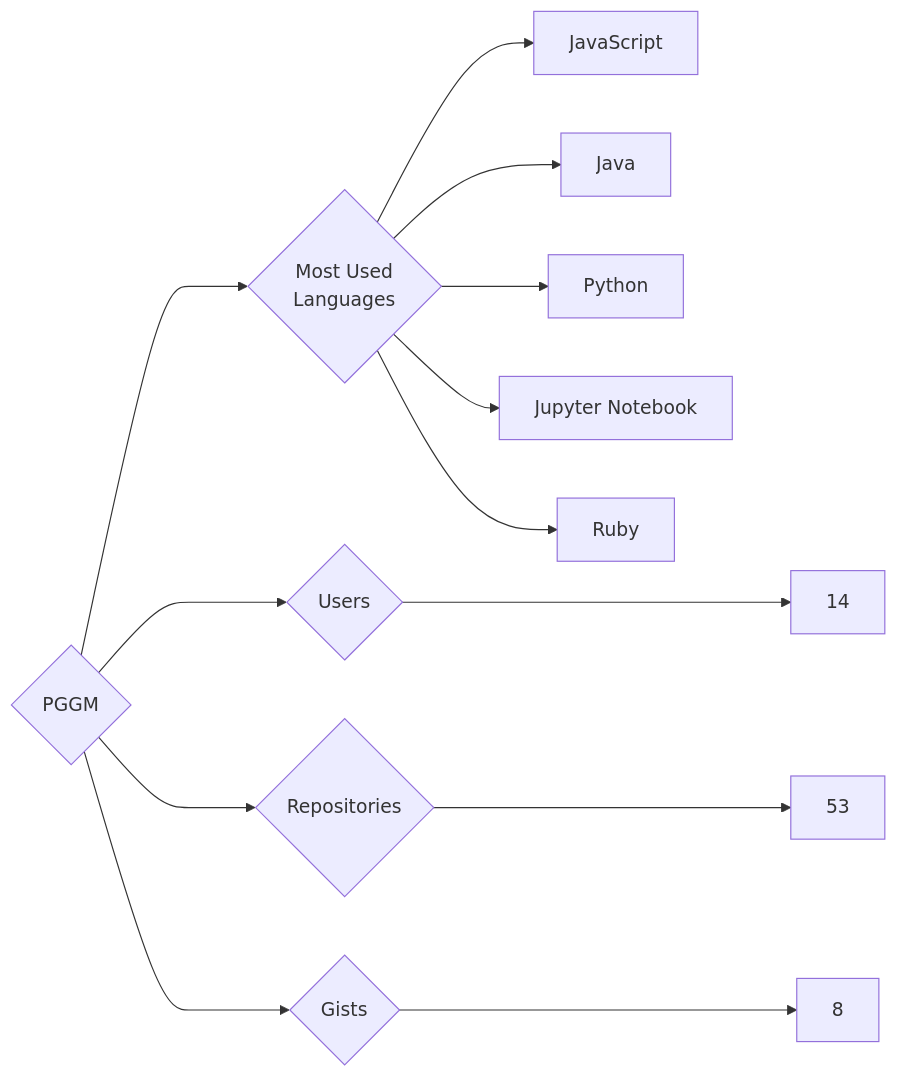
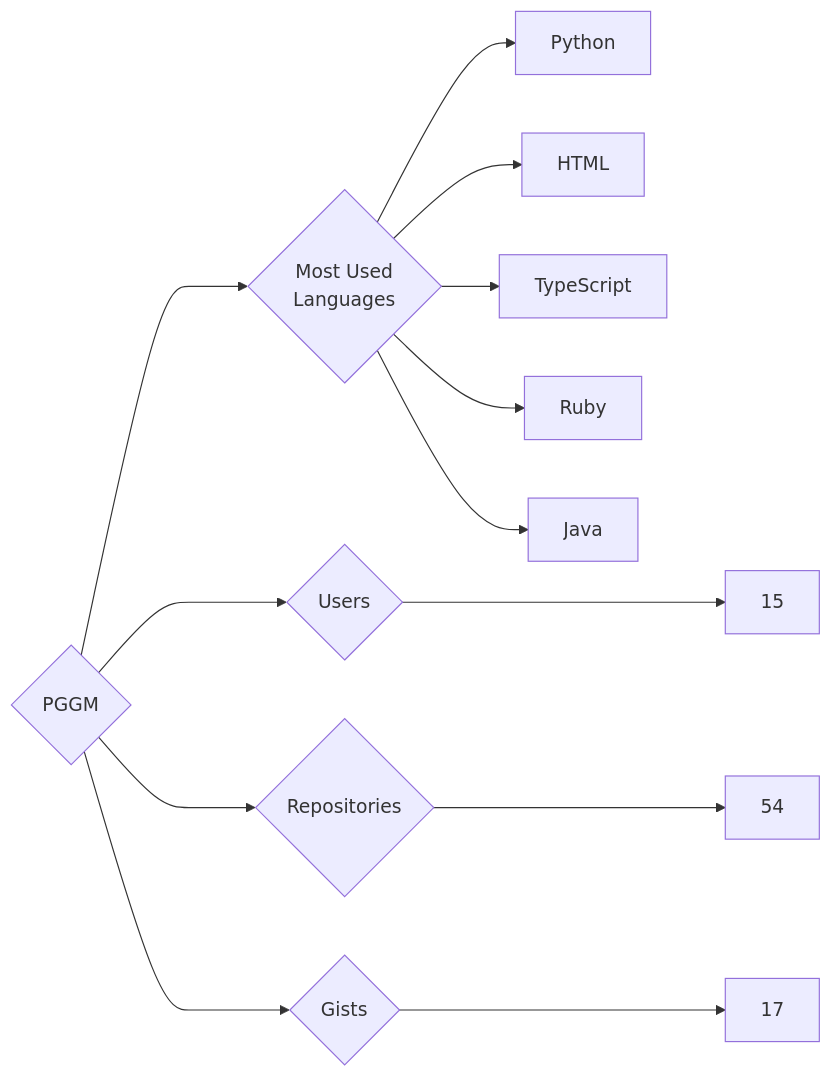
One commit to trickest/insiders changed the diagram in targets/PGGM/README.md. Above: the diagram before and after it, drawn with Mermaid. The commit also changed 940 other files, not shown here.

````diff
--- a/targets/PGGM/README.md
+++ b/targets/PGGM/README.md
@@ -3,13 +3,13 @@
 ```mermaid
 graph LR
 COMPANY_NAME{PGGM}
-COMPANY_NAME ---> U{Users} ---> UN[14]
-COMPANY_NAME ---> R{Repositories} ---> RN[53]
-COMPANY_NAME ---> G{Gists} ---> GN[8]
+COMPANY_NAME ---> U{Users} ---> UN[15]
+COMPANY_NAME ---> R{Repositories} ---> RN[54]
+COMPANY_NAME ---> G{Gists} ---> GN[17]
 COMPANY_NAME ---> ML{Most Used<br>Languages}
-ML --> JavaScript[JavaScript]
+ML --> Python[Python]
+ML --> HTML[HTML]
+ML --> TypeScript[TypeScript]
+ML --> Ruby[Ruby]
 ML --> Java[Java]
-ML --> Python[Python]
-ML --> Jupyter_Notebook[Jupyter Notebook]
-ML --> Ruby[Ruby]
 ```
````
